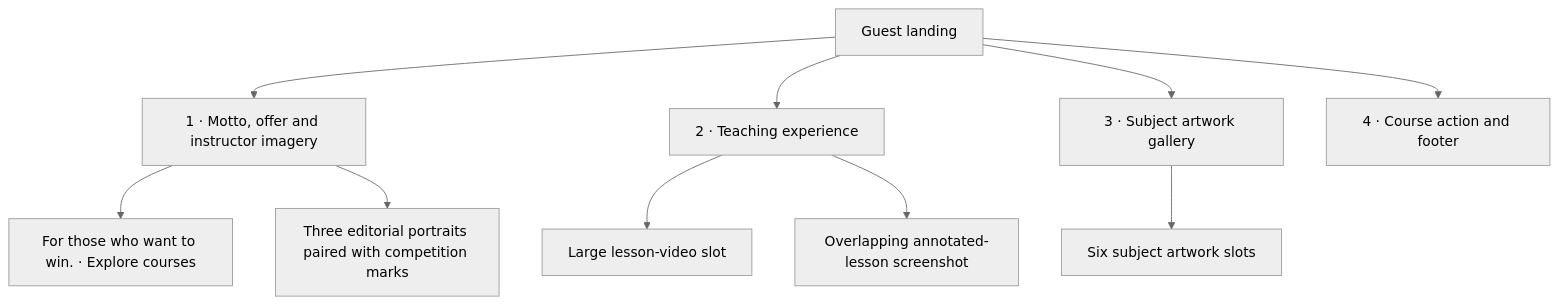
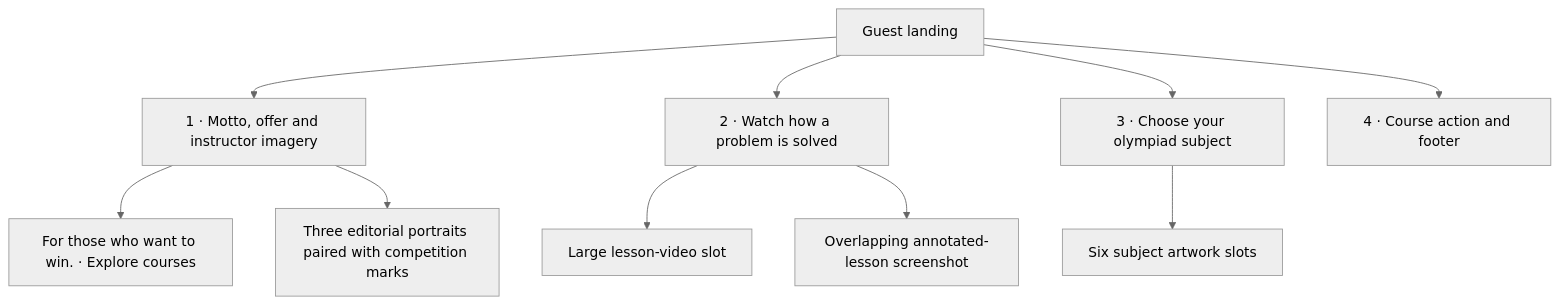
The second of 11 diagrams in docs/engineering/TEST_PAGE_HIERARCHIES.md (Physcratic/physcratic), drawn with Mermaid (neutral theme) before and after one commit. The commit also changed other lines of this file and 4 other files, not shown here.

````diff
--- a/docs/engineering/TEST_PAGE_HIERARCHIES.md
+++ b/docs/engineering/TEST_PAGE_HIERARCHIES.md
@@ -60,17 +60,17 @@
 ```mermaid
 flowchart TD
   page["Guest landing"]
   hero["1 · Motto, offer and instructor imagery"]
-  teaching["2 · Teaching experience"]
-  subjects["3 · Subject artwork gallery"]
+  teaching["2 · Watch how a problem is solved"]
+  subjects["3 · Choose your olympiad subject"]
   ending["4 · Course action and footer"]
   page --> hero
   page --> teaching
   page --> subjects
   page --> ending
   hero --> message["For those who want to win. · Explore courses"]
   hero --> portraits["Three editorial portraits paired with competition marks"]
   teaching --> video["Large lesson-video slot"]
   teaching --> screenshot["Overlapping annotated-lesson screenshot"]
   subjects --> covers["Six subject artwork slots"]
 ```
````
